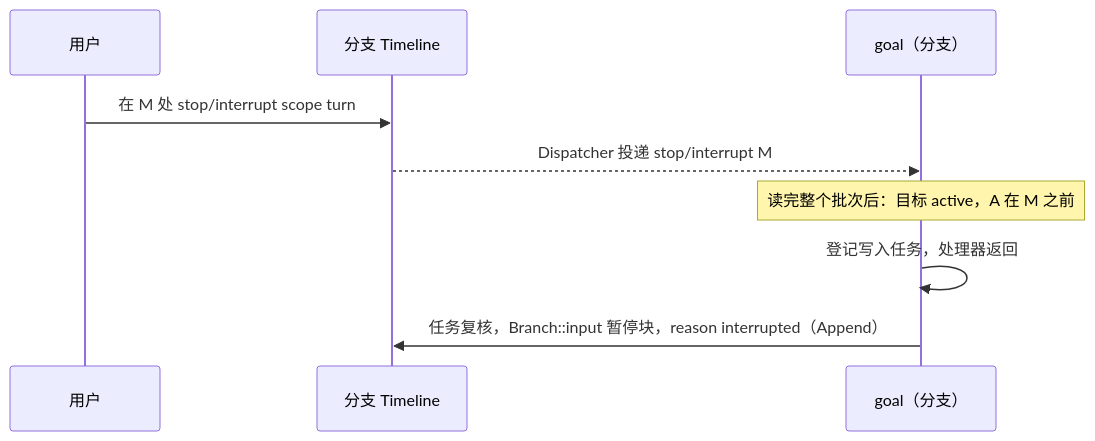
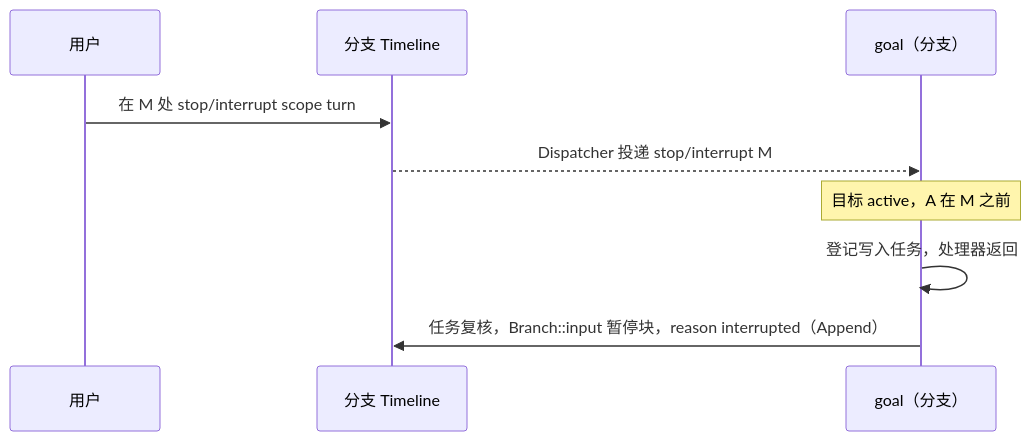
One commit to CoutinhoTTS/dim-agent changed the fifth of 7 diagrams in docs/zh/design/plugins/Goal.md. Above: the diagram before and after it, drawn with Mermaid. The commit also changed other lines of this file and 9 other files, not shown here.

````diff
--- a/docs/zh/design/plugins/Goal.md
+++ b/docs/zh/design/plugins/Goal.md
@@ -150,11 +150,11 @@
 ```mermaid
 sequenceDiagram
   participant User as 用户
   participant TL as 分支 Timeline
   participant G as goal（分支）
   User->>TL: 在 M 处 stop/interrupt scope turn
   TL-->>G: Dispatcher 投递 stop/interrupt M
-  Note over G: 读完整个批次后：目标 active，A 在 M 之前
+  Note over G: 目标 active，A 在 M 之前
   G->>G: 登记写入任务，处理器返回
   G->>TL: 任务复核，Branch::input 暂停块，reason interrupted（Append）
 ```
````
